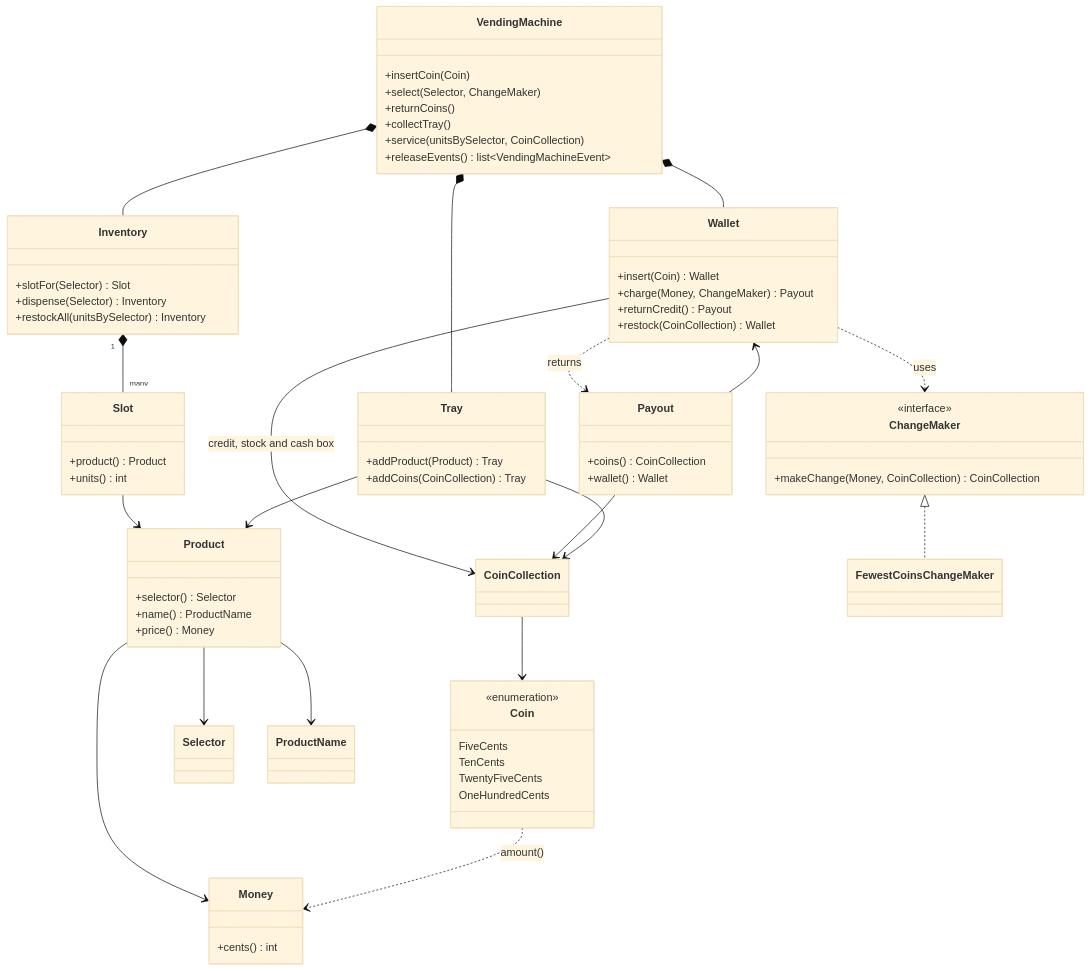
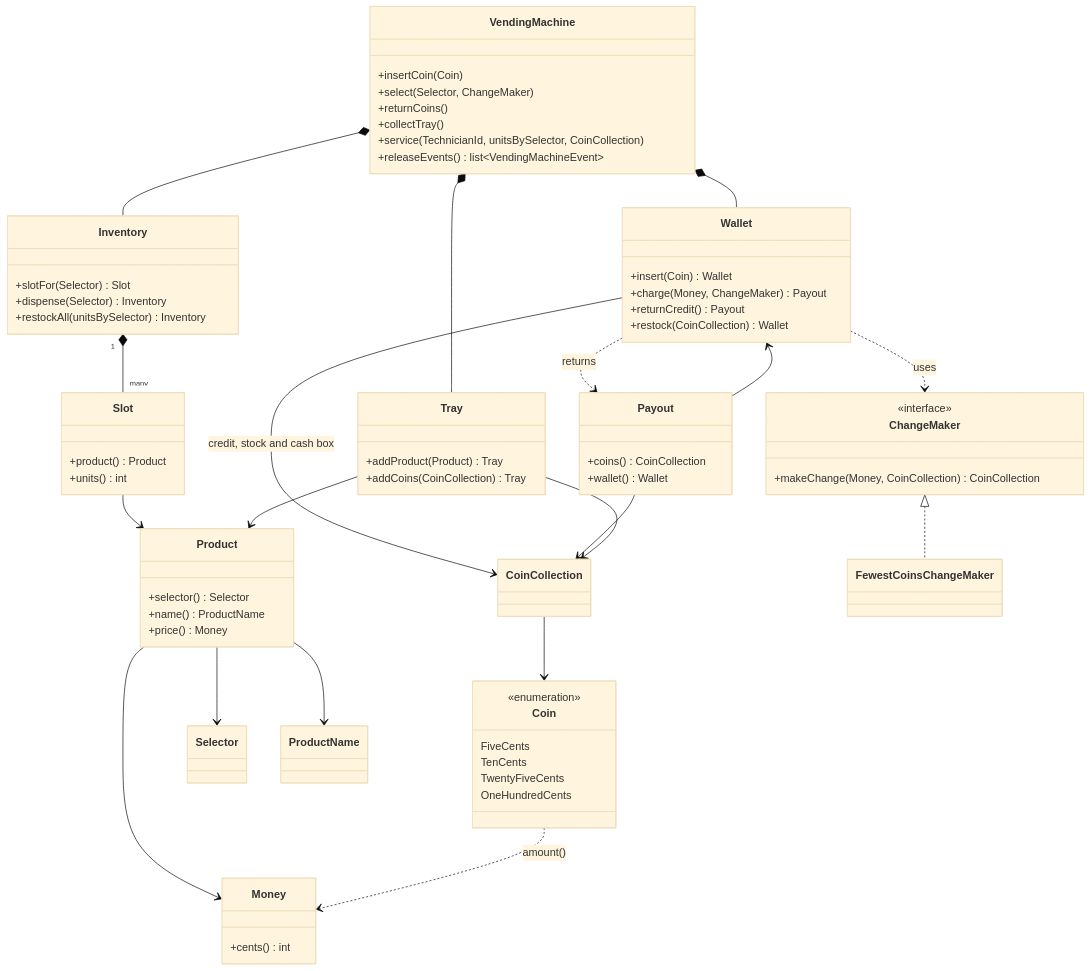
The fourth of 8 diagrams in docs/design.md (prubiella/vending-machine-challenge), drawn with Mermaid (base theme) before and after one commit. The commit also changed other lines of this file and 14 other files, not shown here.

````diff
--- a/docs/design.md
+++ b/docs/design.md
@@ -155,73 +155,73 @@
 ```mermaid
 classDiagram
     class VendingMachine {
         +insertCoin(Coin)
         +select(Selector, ChangeMaker)
         +returnCoins()
         +collectTray()
-        +service(unitsBySelector, CoinCollection)
+        +service(TechnicianId, unitsBySelector, CoinCollection)
         +releaseEvents() list~VendingMachineEvent~
     }
     class Inventory {
         +slotFor(Selector) Slot
         +dispense(Selector) Inventory
         +restockAll(unitsBySelector) Inventory
     }
     class Slot {
         +product() Product
         +units() int
     }
     class Product {
         +selector() Selector
         +name() ProductName
         +price() Money
     }
     class Wallet {
         +insert(Coin) Wallet
         +charge(Money, ChangeMaker) Payout
         +returnCredit() Payout
         +restock(CoinCollection) Wallet
     }
     class Payout {
         +coins() CoinCollection
         +wallet() Wallet
     }
     class Tray {
         +addProduct(Product) Tray
         +addCoins(CoinCollection) Tray
     }
     class CoinCollection
     class Coin {
         <<enumeration>>
         FiveCents
         TenCents
         TwentyFiveCents
         OneHundredCents
     }
     class Money {
         +cents() int
     }
     class ChangeMaker {
         <<interface>>
         +makeChange(Money, CoinCollection) CoinCollection
     }
     class FewestCoinsChangeMaker
     VendingMachine *-- Inventory
     VendingMachine *-- Wallet
     VendingMachine *-- Tray
     Inventory "1" *-- "many" Slot
     Slot --> Product
     Product --> Money
     Product --> Selector
     Product --> ProductName
     Wallet --> CoinCollection : credit, stock and cash box
     Wallet ..> Payout : returns
     Payout --> CoinCollection
     Payout --> Wallet
     Tray --> Product
     Tray --> CoinCollection
     CoinCollection --> Coin
     Coin ..> Money : amount()
     ChangeMaker <|.. FewestCoinsChangeMaker
     Wallet ..> ChangeMaker : uses
 ```
````
